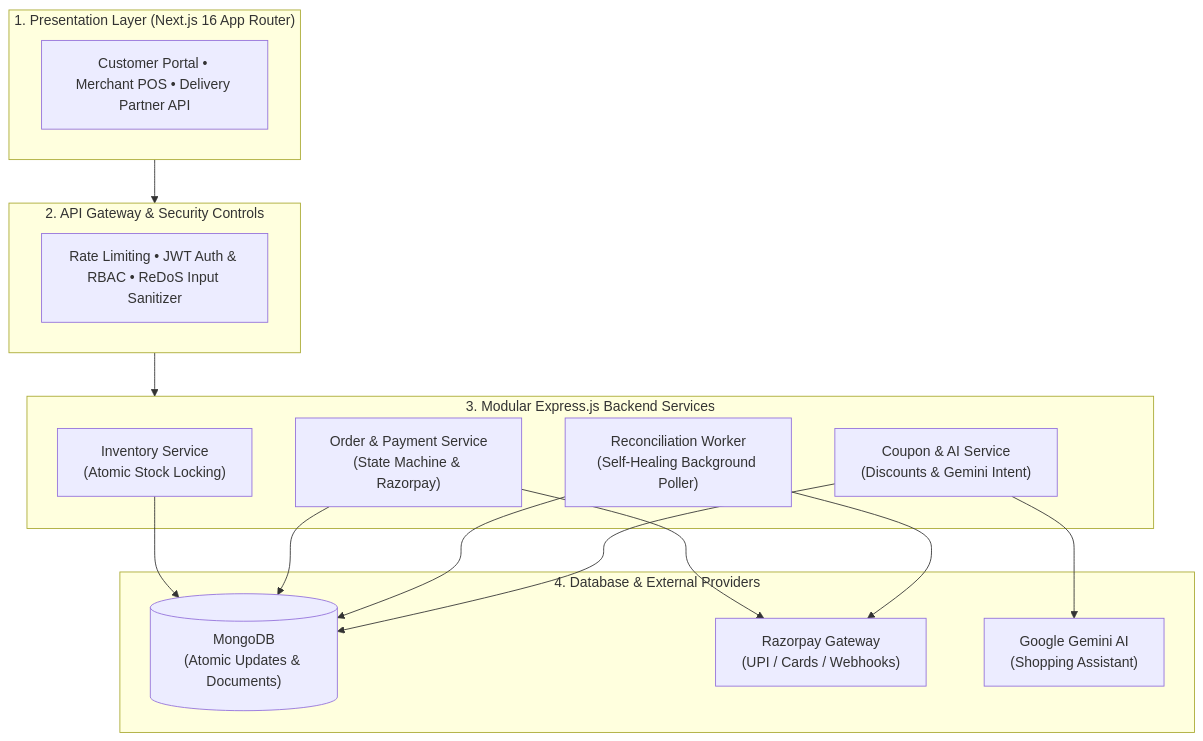
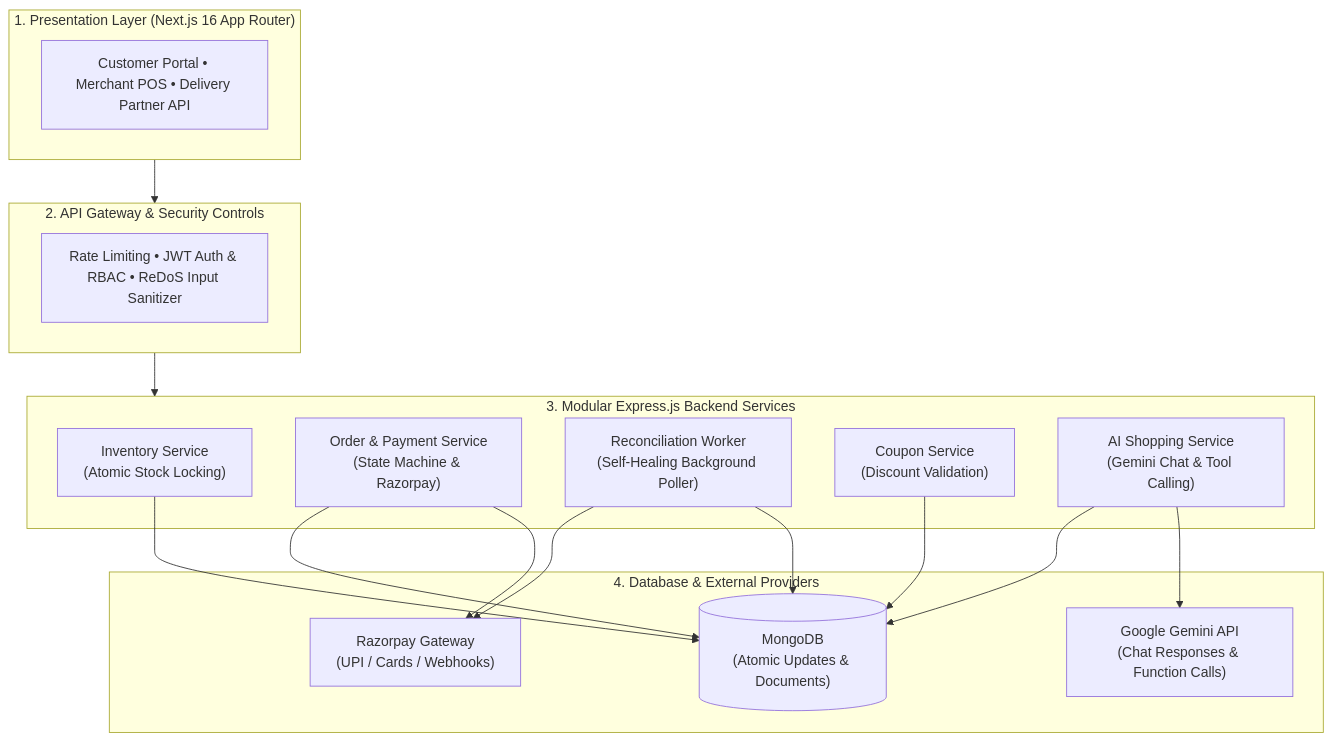
One commit to Jyatin/KiranaWala changed the first of 4 diagrams in README.md. Above: the diagram before and after it, drawn with Mermaid. The commit also changed other lines of this file, not shown here.

Commit message:
docs: describe Gemini shopping chat accurately

````diff
--- a/README.md
+++ b/README.md
@@ -101,33 +101,35 @@
 ```mermaid
 graph TD
     subgraph Client ["1. Presentation Layer (Next.js 16 App Router)"]
         UI["Customer Portal • Merchant POS • Delivery Partner API"]
     end
 
     subgraph Gateway ["2. API Gateway & Security Controls"]
         Sec["Rate Limiting • JWT Auth & RBAC • ReDoS Input Sanitizer"]
     end
 
     subgraph Services ["3. Modular Express.js Backend Services"]
         Inventory["Inventory Service<br/>(Atomic Stock Locking)"]
         OrderPay["Order & Payment Service<br/>(State Machine & Razorpay)"]
         Recon["Reconciliation Worker<br/>(Self-Healing Background Poller)"]
-        Coupon["Coupon & AI Service<br/>(Discounts & Gemini Intent)"]
+        Coupon["Coupon Service<br/>(Discount Validation)"]
+        AI["AI Shopping Service<br/>(Gemini Chat & Tool Calling)"]
     end
 
     subgraph External ["4. Database & External Providers"]
         MongoDB[("MongoDB<br/>(Atomic Updates & Documents)")]
         Razorpay["Razorpay Gateway<br/>(UPI / Cards / Webhooks)"]
-        Gemini["Google Gemini AI<br/>(Shopping Assistant)"]
+        Gemini["Google Gemini API<br/>(Chat Responses & Function Calls)"]
     end
 
     Client --> Gateway
     Gateway --> Services
     Inventory --> MongoDB
     OrderPay --> MongoDB
     OrderPay --> Razorpay
     Recon --> Razorpay
     Recon --> MongoDB
     Coupon --> MongoDB
-    Coupon --> Gemini
+    AI --> MongoDB
+    AI --> Gemini
 ```
````
